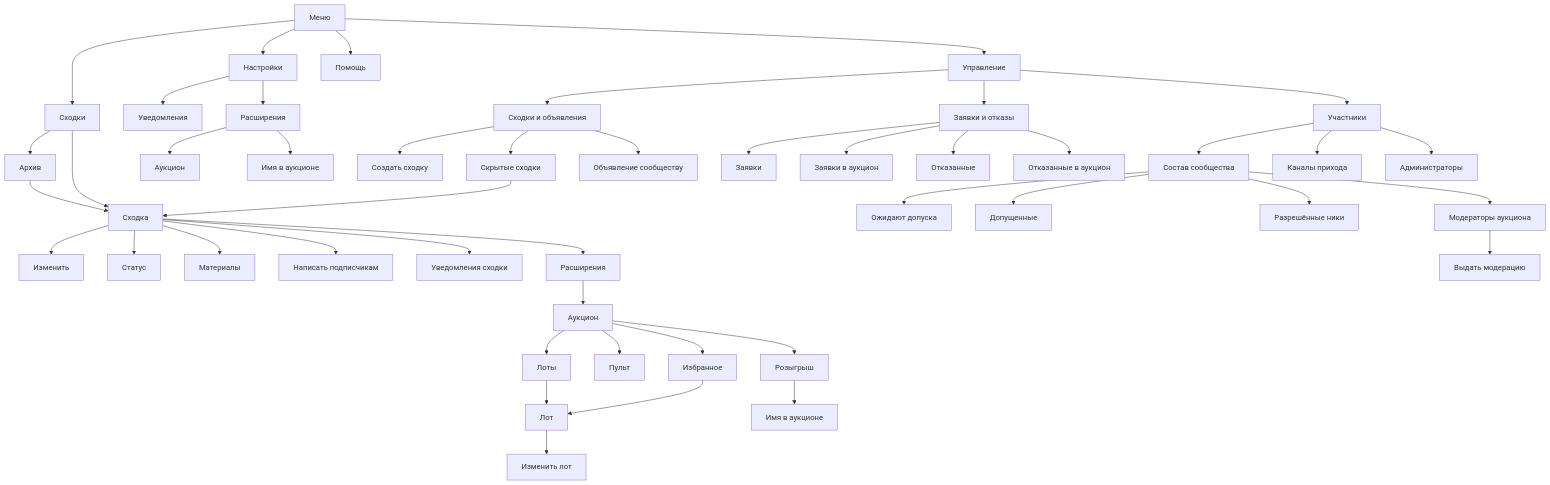
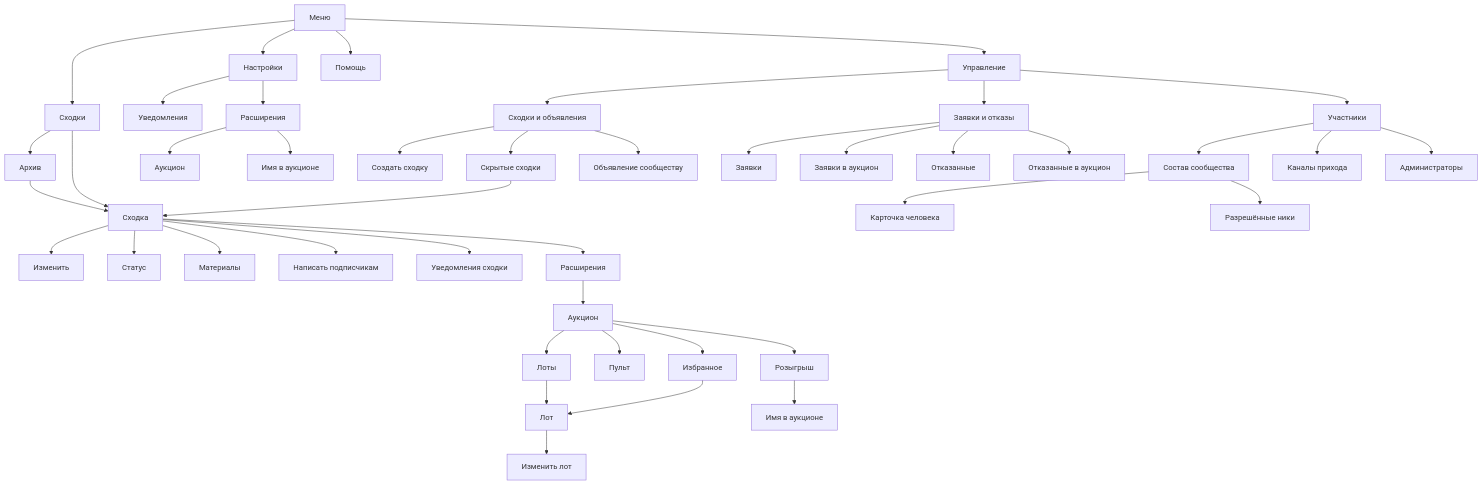
One commit to Solguficky/solguficky-hub changed the first of 2 diagrams in docs/design/bot/design-code.md. Above: the diagram before and after it, drawn with Mermaid. The commit also changed other lines of this file and 5 other files, not shown here.

````diff
--- a/docs/design/bot/design-code.md
+++ b/docs/design/bot/design-code.md
@@ -37,54 +37,51 @@
 ```mermaid
 flowchart TD
     menu[Меню]
     menu --> meetups[Сходки]
     menu --> settings[Настройки]
     menu --> help[Помощь]
     menu --> manage[Управление]
     meetups --> archive[Архив]
     settings --> notify[Уведомления]
     settings --> settingsExt[Расширения]
     settingsExt --> outbid[Аукцион]
     settingsExt --> hubName[Имя в аукционе]
 
     meetups --> card[Сходка]
     archive --> card
     hidden --> card
 
     card --> edit[Изменить]
     card --> status[Статус]
     card --> materials[Материалы]
     card --> broadcast[Написать подписчикам]
     card --> notifyMeetup[Уведомления сходки]
     card --> extensions[Расширения]
     extensions --> auctionRoot[Аукцион]
     auctionRoot --> lots[Лоты]
     lots --> lot[Лот]
     lot --> lotForm[Изменить лот]
     auctionRoot --> console[Пульт]
     auctionRoot --> lotFavorites[Избранное]
     lotFavorites --> lot
     auctionRoot --> lotRaffle[Розыгрыш]
     lotRaffle --> lotRaffleName[Имя в аукционе]
 
     manage --> gMeetups[Сходки и объявления]
     manage --> gApplications[Заявки и отказы]
     manage --> gMembers[Участники]
 
     gMeetups --> create[Создать сходку]
     gMeetups --> hidden[Скрытые сходки]
     gMeetups --> announce[Объявление сообществу]
     gApplications --> applications[Заявки]
     gApplications --> auctionApplications[Заявки в аукцион]
     gApplications --> refused[Отказанные]
     gApplications --> auctionRefused[Отказанные в аукцион]
     gMembers --> community[Состав сообщества]
     gMembers --> channels[Каналы прихода]
     gMembers --> administrators[Администраторы]
 
-    community --> pending[Ожидают допуска]
-    community --> members[Допущенные]
+    community --> person[Карточка человека]
     community --> nicks[Разрешённые ники]
-    community --> moderators[Модераторы аукциона]
-    moderators --> grant[Выдать модерацию]
 ```
````
